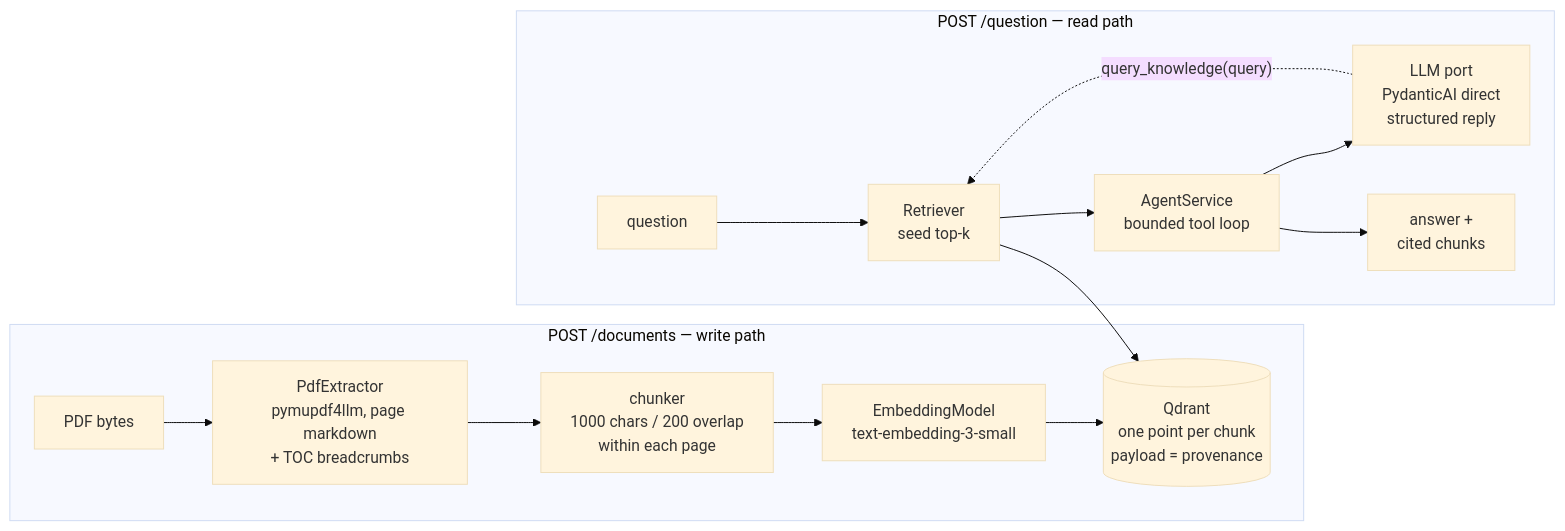
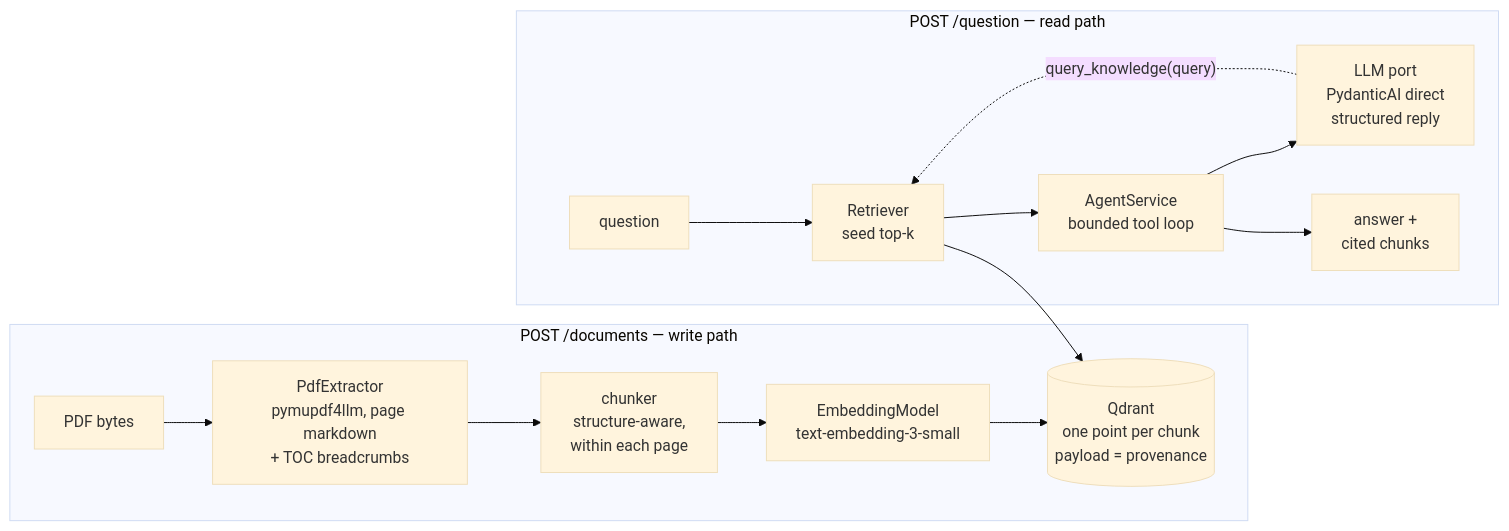
Before and after one commit to Vipigal/rag-ai-agent: the diagram in README.md, drawn with Mermaid (base theme). The commit also changed other lines of this file, not shown here.

````diff
--- a/README.md
+++ b/README.md
@@ -112,17 +112,17 @@
 ```mermaid
 flowchart LR
   subgraph ingest["POST /documents — write path"]
     P[PDF bytes] --> X["PdfExtractor<br/>pymupdf4llm, page markdown<br/>+ TOC breadcrumbs"]
-    X --> C["chunker<br/>1000 chars / 200 overlap<br/>within each page"]
+    X --> C["chunker<br/>structure-aware,<br/>within each page"]
     C --> E["EmbeddingModel<br/>text-embedding-3-small"]
     E --> Q[("Qdrant<br/>one point per chunk<br/>payload = provenance")]
   end
   subgraph ask["POST /question — read path"]
     U[question] --> R["Retriever<br/>seed top-k"]
     R --> A["AgentService<br/>bounded tool loop"]
     A --> L["LLM port<br/>PydanticAI direct<br/>structured reply"]
     L -. "query_knowledge(query)" .-> R
     A --> O["answer +<br/>cited chunks"]
   end
   R --> Q
 ```
````
